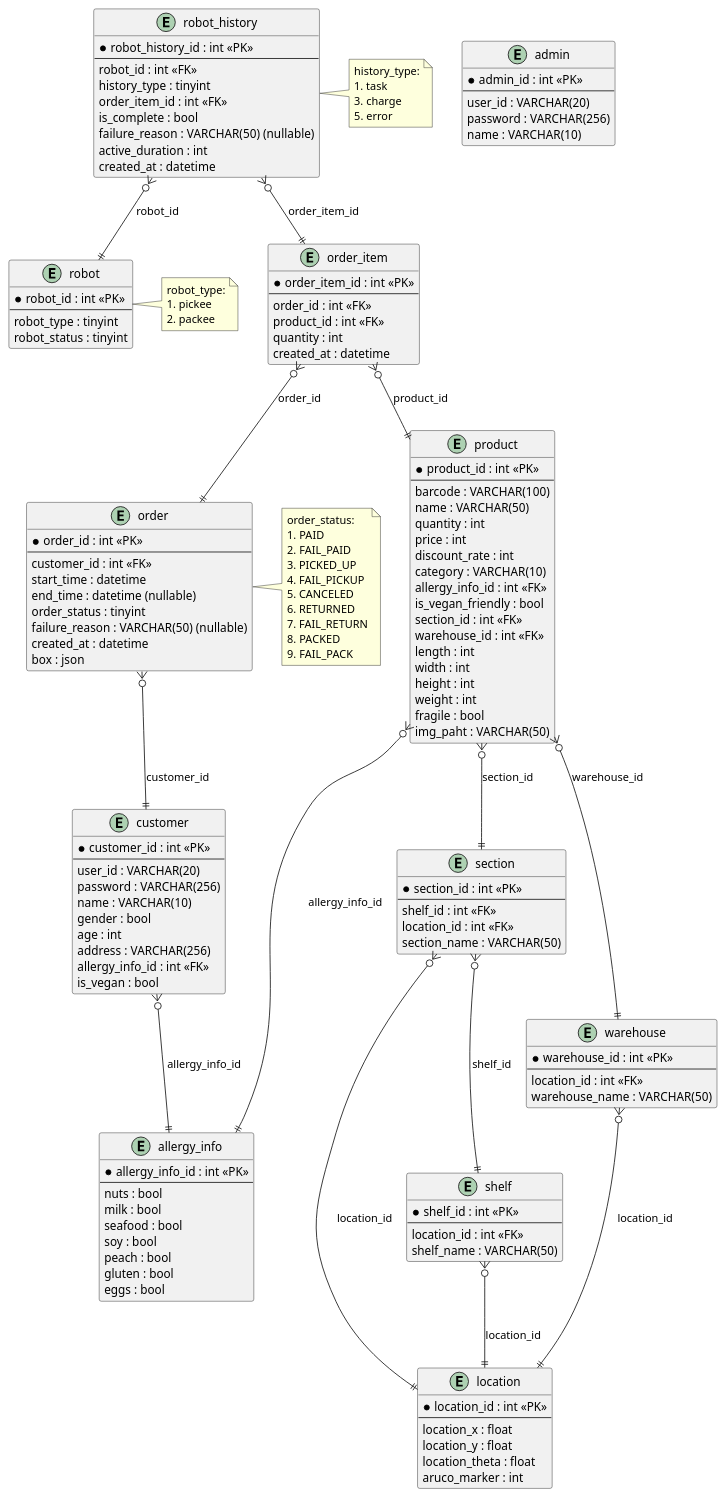
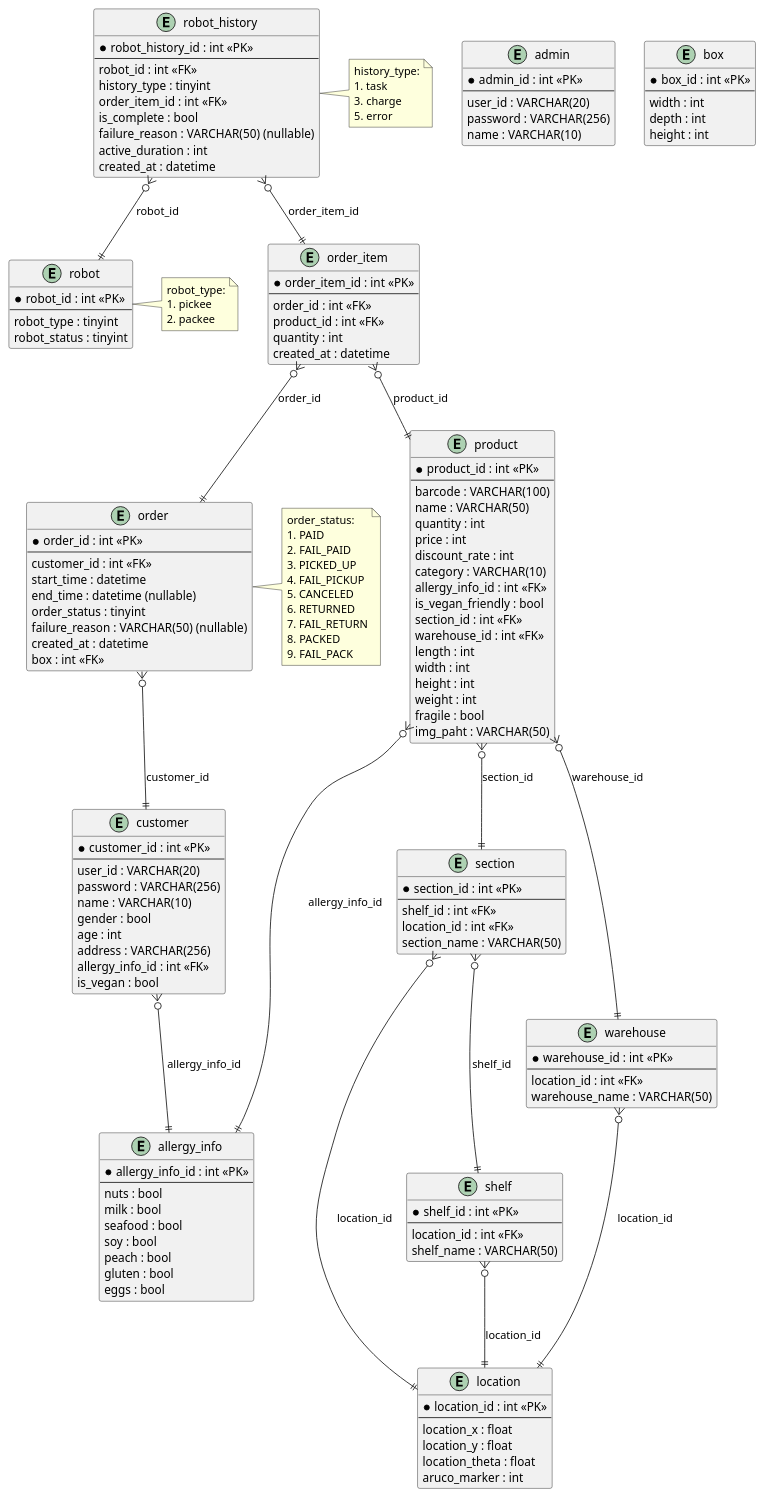
One commit to addinedu-roscamp-7th/roscamp-repo-1 changed the diagram in docs/ERDiagram/ERDiagram.md. Above: the diagram before and after it, drawn with PlantUML.

Commit message:
[Docs ]ERDiagram.md 박스 entity 및 column 정의

```diff
--- a/docs/ERDiagram/ERDiagram.md
+++ b/docs/ERDiagram/ERDiagram.md
@@ -67,7 +67,15 @@
   order_status : tinyint
   failure_reason : VARCHAR(50) (nullable)
   created_at : datetime
-  box : json
+  box : int <<FK>>
+}
+
+entity "box" {
+  * box_id : int <<PK>>
+  --
+  width : int
+  depth : int
+  height : int
 }
 
 entity "order_item" {
```
